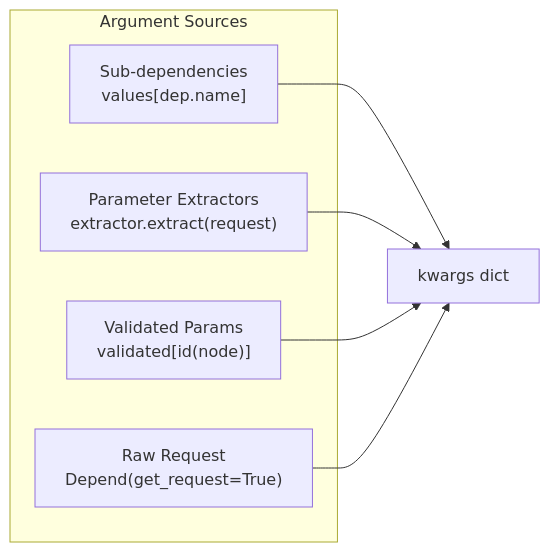
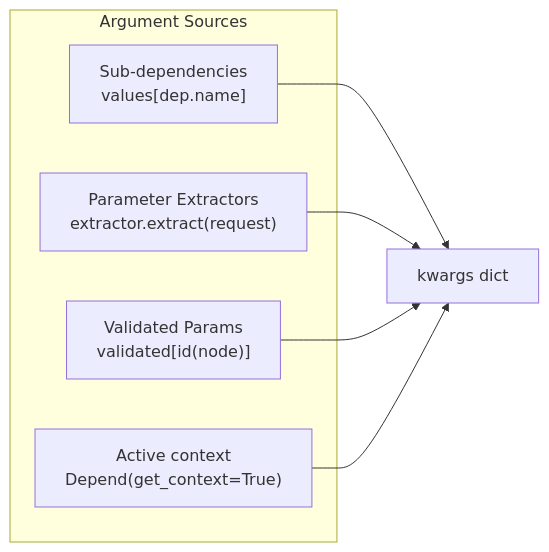
One commit to sillohq/core changed the fifth of 8 diagrams in docs/docs/src/content/docs/v1.0/advanced/dependency-injection.md. Above: the diagram before and after it, drawn with Mermaid. The commit also changed other lines of this file and 14 other files, not shown here.

First line of the commit message:
Rename Depend(get_request) to get_context, and solve DI on WebSocket routes

````diff
--- a/docs/docs/src/content/docs/v1.0/advanced/dependency-injection.md
+++ b/docs/docs/src/content/docs/v1.0/advanced/dependency-injection.md
@@ -489,14 +489,14 @@
 ```mermaid
 flowchart LR
     subgraph Sources["Argument Sources"]
         A["Sub-dependencies<br/>values[dep.name]"]
         B["Parameter Extractors<br/>extractor.extract(request)"]
         C["Validated Params<br/>validated[id(node)]"]
-        D["Raw Request<br/>Depend(get_request=True)"]
+        D["Active context<br/>Depend(get_context=True)"]
     end
 
     A --> Kwargs["kwargs dict"]
     B --> Kwargs
     C --> Kwargs
     D --> Kwargs
 ```
````
